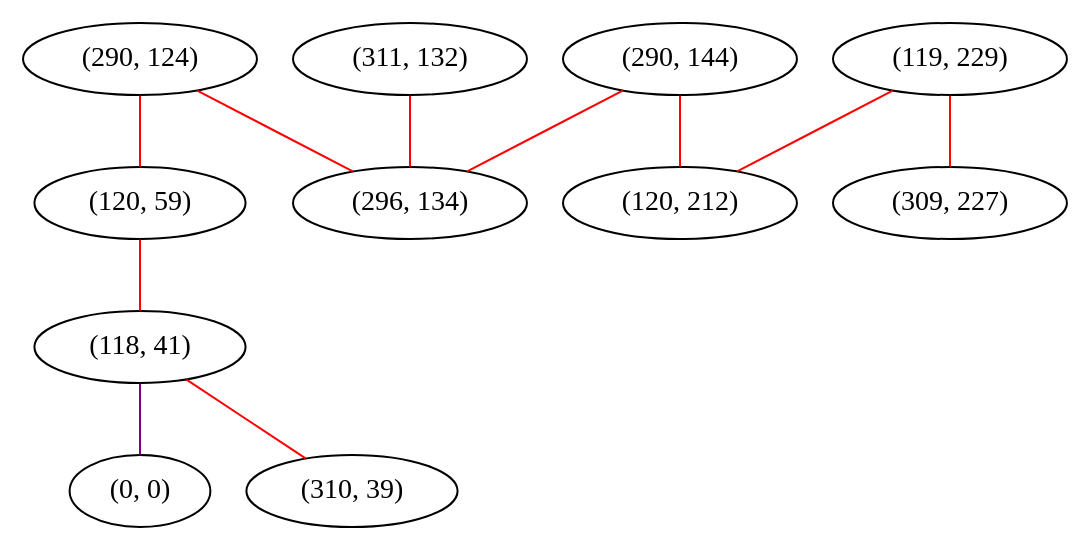
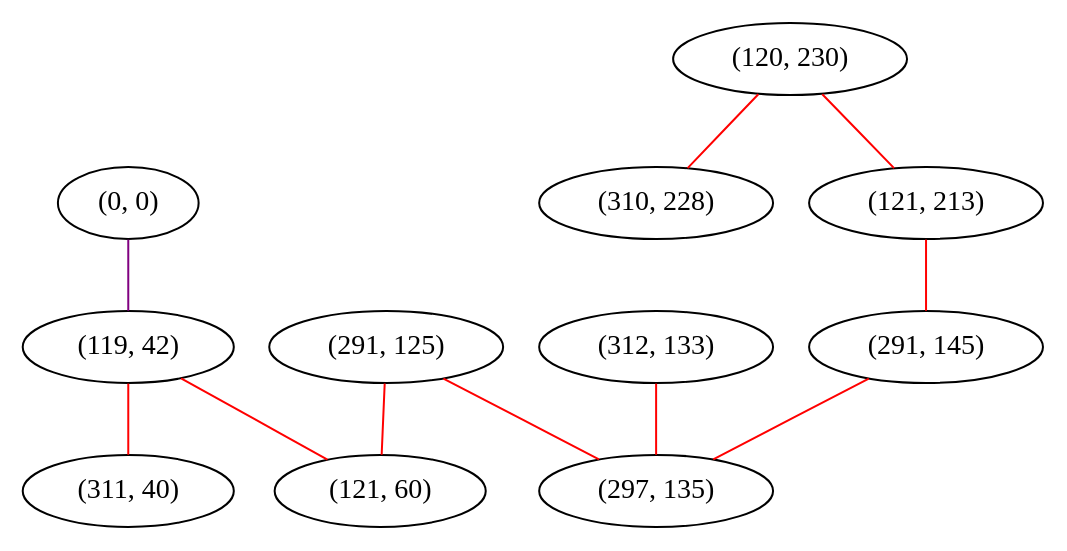
One commit to FelixMcFelix/sip-for-cv-paper changed the diagram in graphviz/open-sans/M-up.gv. Above: the diagram before and after it, drawn with Graphviz. The commit also changed 555006 other files, not shown here.

```diff
--- a/graphviz/open-sans/M-up.gv
+++ b/graphviz/open-sans/M-up.gv
@@ -1,23 +1,23 @@
 graph "" {
-"(311, 132)";
-"(290, 144)";
-"(119, 229)";
-"(290, 124)";
-"(120, 59)";
-"(309, 227)";
-"(118, 41)";
 "(0, 0)";
-"(310, 39)";
-"(296, 134)";
-"(120, 212)";
-"(311, 132)" -- "(296, 134)"  [color=red, key=0, weight=1];
-"(290, 144)" -- "(296, 134)"  [color=red, key=0, weight=1];
-"(290, 144)" -- "(120, 212)"  [color=red, key=0, weight=1];
-"(119, 229)" -- "(120, 212)"  [color=red, key=0, weight=1];
-"(119, 229)" -- "(309, 227)"  [color=red, key=0, weight=1];
-"(290, 124)" -- "(296, 134)"  [color=red, key=0, weight=1];
-"(290, 124)" -- "(120, 59)"  [color=red, key=0, weight=1];
-"(120, 59)" -- "(118, 41)"  [color=red, key=0, weight=1];
-"(118, 41)" -- "(0, 0)"  [color=purple, key=0, weight=4];
-"(118, 41)" -- "(310, 39)"  [color=red, key=0, weight=1];
+"(119, 42)";
+"(120, 230)";
+"(312, 133)";
+"(310, 228)";
+"(291, 125)";
+"(121, 213)";
+"(311, 40)";
+"(291, 145)";
+"(121, 60)";
+"(297, 135)";
+"(0, 0)" -- "(119, 42)"  [color=purple, key=0, weight=4];
+"(119, 42)" -- "(311, 40)"  [color=red, key=0, weight=1];
+"(119, 42)" -- "(121, 60)"  [color=red, key=0, weight=1];
+"(120, 230)" -- "(310, 228)"  [color=red, key=0, weight=1];
+"(120, 230)" -- "(121, 213)"  [color=red, key=0, weight=1];
+"(312, 133)" -- "(297, 135)"  [color=red, key=0, weight=1];
+"(291, 125)" -- "(121, 60)"  [color=red, key=0, weight=1];
+"(291, 125)" -- "(297, 135)"  [color=red, key=0, weight=1];
+"(121, 213)" -- "(291, 145)"  [color=red, key=0, weight=1];
+"(291, 145)" -- "(297, 135)"  [color=red, key=0, weight=1];
 }
```
